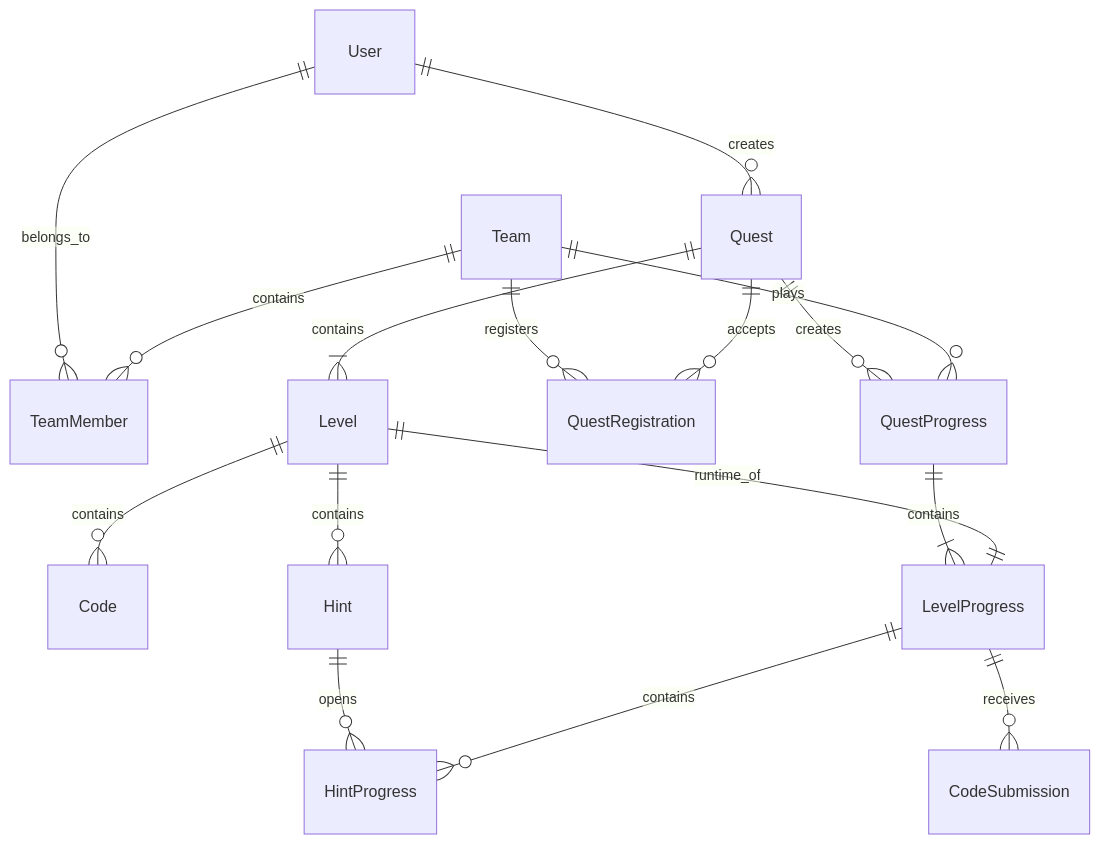
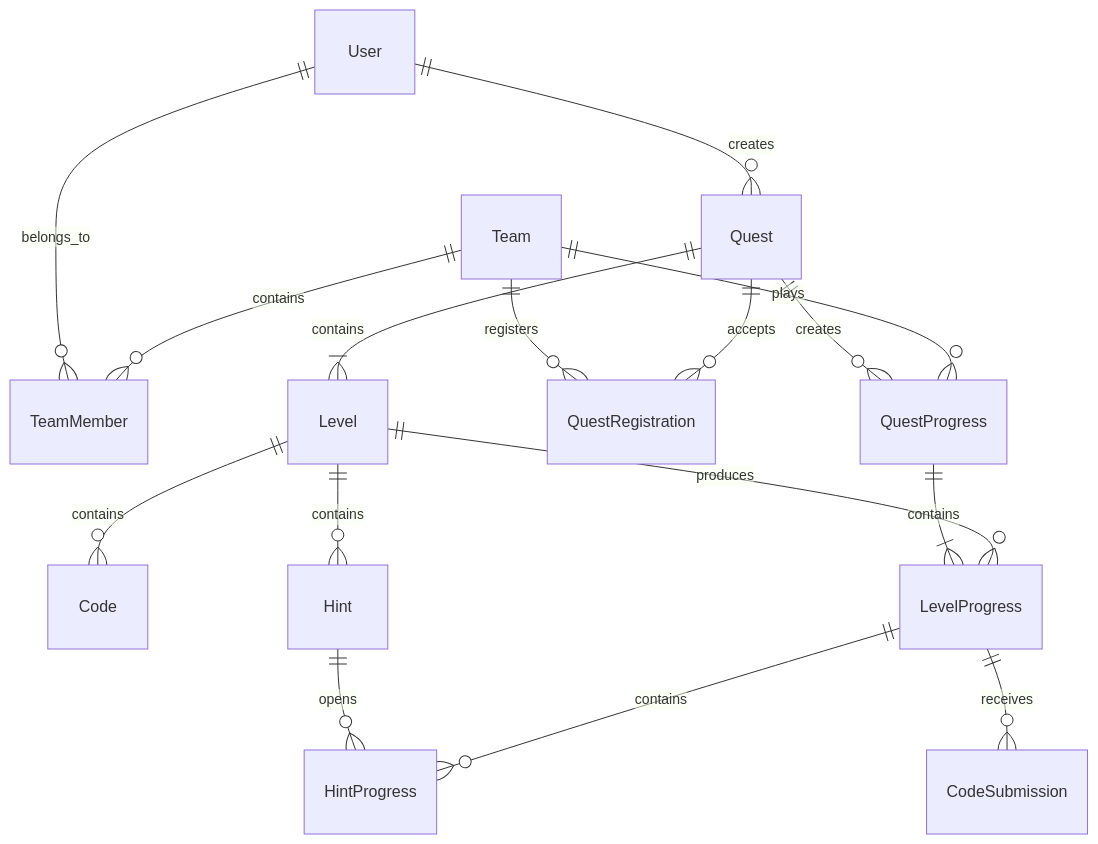
One commit to dneveroff-personal/QuestEngineV2 changed the diagram in docs/architecture/domain-model.md. Above: the diagram before and after it, drawn with Mermaid. The commit also changed other lines of this file and 24 other files, not shown here.

````diff
--- a/docs/architecture/domain-model.md
+++ b/docs/architecture/domain-model.md
@@ -12,28 +12,28 @@
 ```mermaid
 erDiagram
 
     User ||--o{ TeamMember : belongs_to
     Team ||--o{ TeamMember : contains
 
     User ||--o{ Quest : creates
 
     Quest ||--|{ Level : contains
 
     Level ||--o{ Code : contains
     Level ||--o{ Hint : contains
 
     Team ||--o{ QuestRegistration : registers
     Quest ||--o{ QuestRegistration : accepts
 
     Quest ||--o{ QuestProgress : creates
     Team ||--o{ QuestProgress : plays
 
     QuestProgress ||--|{ LevelProgress : contains
 
-    Level ||--|| LevelProgress : runtime_of
+    Level ||--o{ LevelProgress : produces
 
     LevelProgress ||--o{ CodeSubmission : receives
 
     Hint ||--o{ HintProgress : opens
     LevelProgress ||--o{ HintProgress : contains
 ```
````
